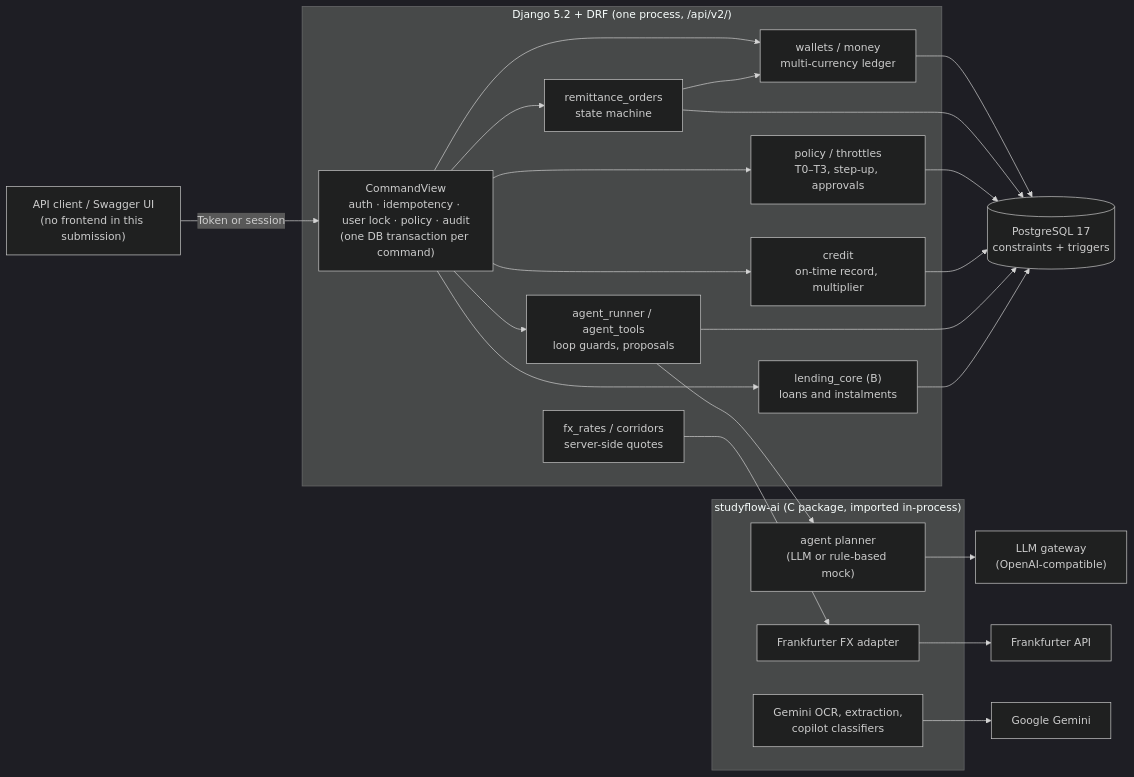
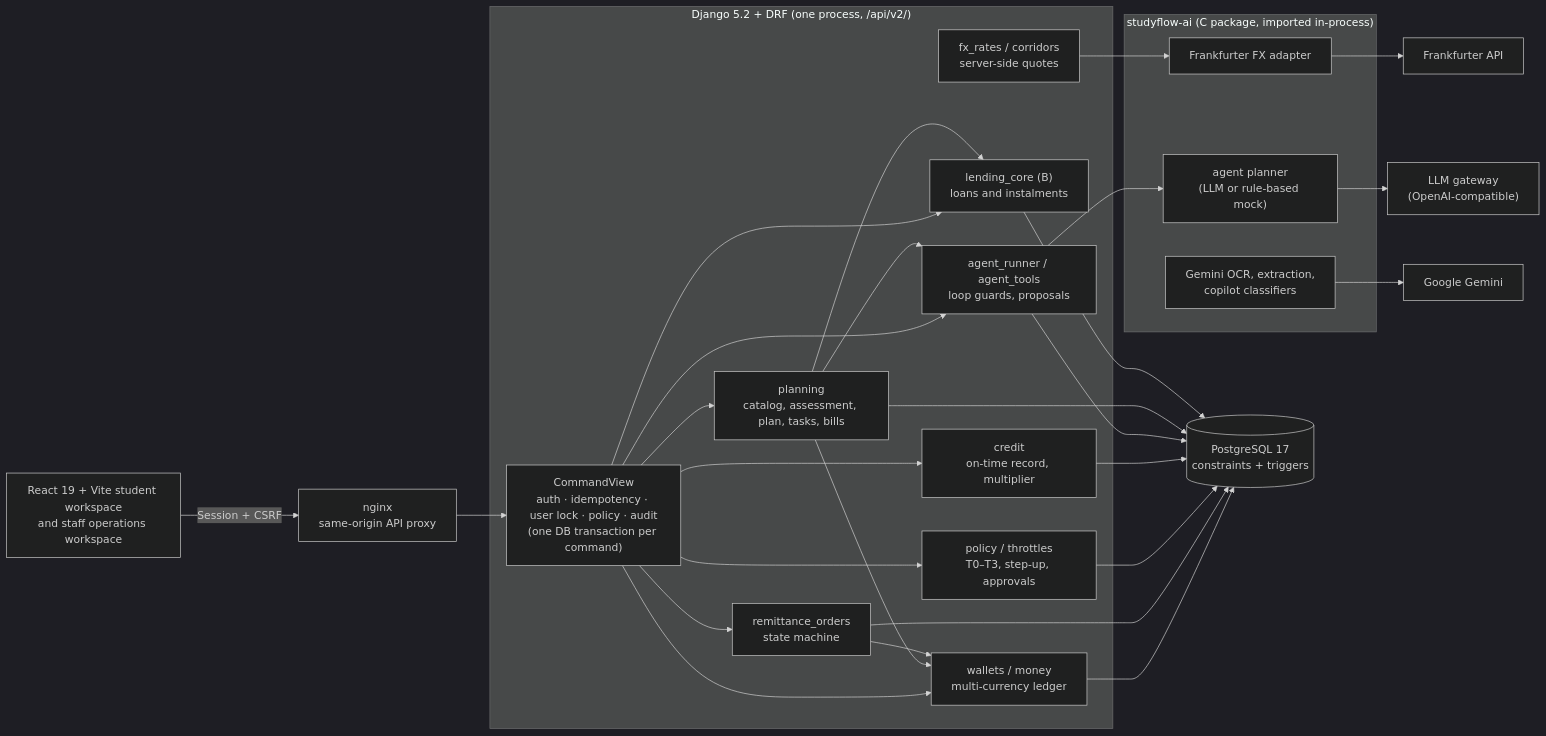
The first of 3 diagrams in docs/technical-overview.md (Ttttt12138/StudyFlow), drawn with Mermaid (dark theme) before and after one commit. The commit also changed other lines of this file and 19 other files, not shown here.

````diff
--- a/docs/technical-overview.md
+++ b/docs/technical-overview.md
@@ -11,31 +11,34 @@
 ```mermaid
 flowchart LR
-    client["API client / Swagger UI<br/>(no frontend in this submission)"]
+    client["React 19 + Vite student workspace<br/>and staff operations workspace"]
+    web["nginx<br/>same-origin API proxy"]
     subgraph django["Django 5.2 + DRF (one process, /api/v2/)"]
         cmd["CommandView<br/>auth · idempotency · user lock · policy · audit<br/>(one DB transaction per command)"]
         wallet["wallets / money<br/>multi-currency ledger"]
         fx["fx_rates / corridors<br/>server-side quotes"]
         remit["remittance_orders<br/>state machine"]
         policy["policy / throttles<br/>T0–T3, step-up, approvals"]
         credit["credit<br/>on-time record, multiplier"]
         agent["agent_runner / agent_tools<br/>loop guards, proposals"]
+        planning["planning<br/>catalog, assessment, plan, tasks, bills"]
         b["lending_core (B)<br/>loans and instalments"]
     end
     subgraph c["studyflow-ai (C package, imported in-process)"]
         planner["agent planner<br/>(LLM or rule-based mock)"]
         fxadapter["Frankfurter FX adapter"]
         ocr["Gemini OCR, extraction,<br/>copilot classifiers"]
     end
     pg[("PostgreSQL 17<br/>constraints + triggers")]
     ext1["Frankfurter API"]
     ext2["LLM gateway<br/>(OpenAI-compatible)"]
     ext3["Google Gemini"]
 
-    client -->|Token or session| cmd
-    cmd --> policy & wallet & remit & agent & credit & b
+    client -->|Session + CSRF| web --> cmd
+    cmd --> policy & wallet & remit & agent & planning & credit & b
+    planning --> b & wallet & agent
     remit --> wallet
     fx --> fxadapter --> ext1
     agent --> planner --> ext2
     ocr --> ext3
-    wallet & remit & policy & credit & agent & b --> pg
+    wallet & remit & policy & credit & agent & planning & b --> pg
 ```
````
